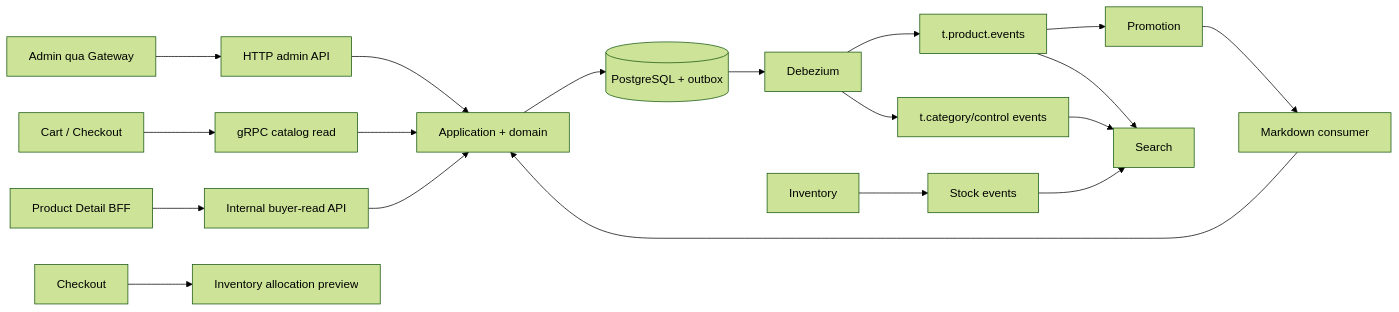
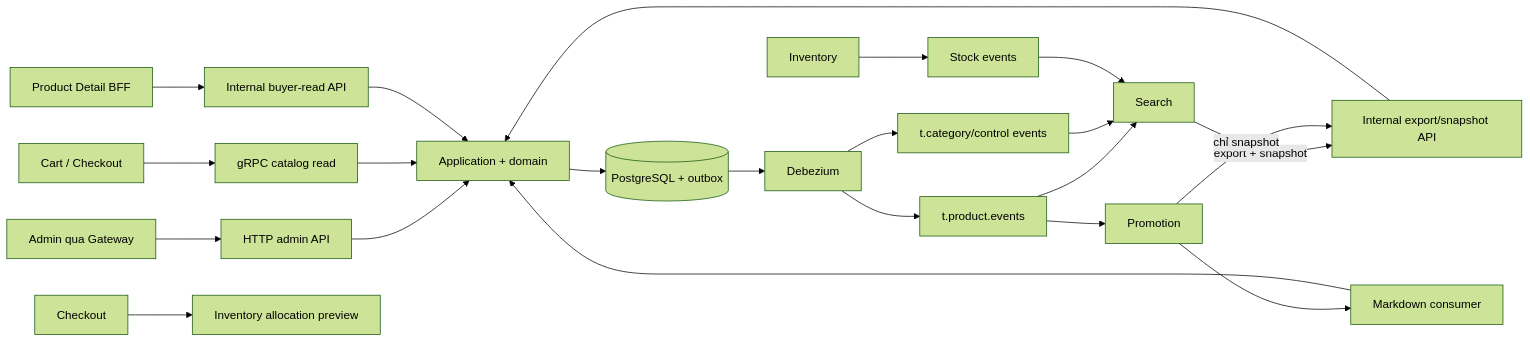
One commit to quangdung2110/e-commerce-microservices changed the diagram in docs/product/architecture.md. Above: the diagram before and after it, drawn with Mermaid (forest theme). The commit also changed other lines of this file and 74 other files, not shown here.

````diff
--- a/docs/product/architecture.md
+++ b/docs/product/architecture.md
@@ -14,21 +14,24 @@
 ```mermaid
 flowchart LR
   ADMIN[Admin qua Gateway] --> HTTP[HTTP admin API]
   CART[Cart / Checkout] --> GRPC[gRPC catalog read]
   PDP[Product Detail BFF] --> PDR[Internal buyer-read API]
+  SEARCH -- export + snapshot --> EXP[Internal export/snapshot API]
+  PROMOTION -- chỉ snapshot --> EXP
   PROMOTION[Promotion] --> MK[Markdown consumer]
   HTTP --> APP[Application + domain]
   GRPC --> APP
   PDR --> APP
+  EXP --> APP
   MK --> APP
   APP --> PG[(PostgreSQL + outbox)]
   PG --> DBZ[Debezium]
   DBZ --> PE[t.product.events]
   DBZ --> CE[t.category/control events]
   PE --> SEARCH[Search]
   PE --> PROMOTION
   CE --> SEARCH
   INVENTORY[Inventory] --> IE[Stock events]
   IE --> SEARCH
   CHECKOUT[Checkout] --> PREVIEW[Inventory allocation preview]
 ```
````
